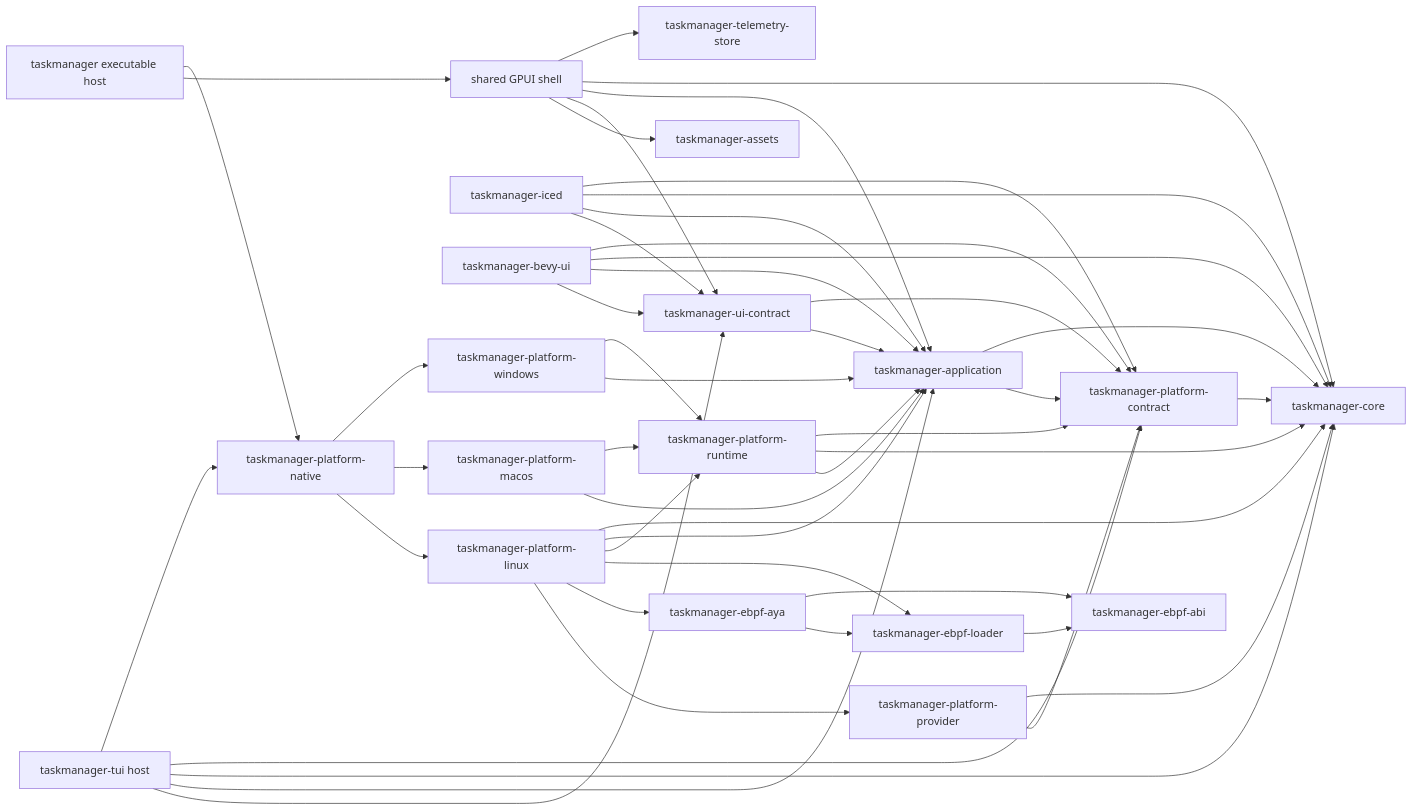
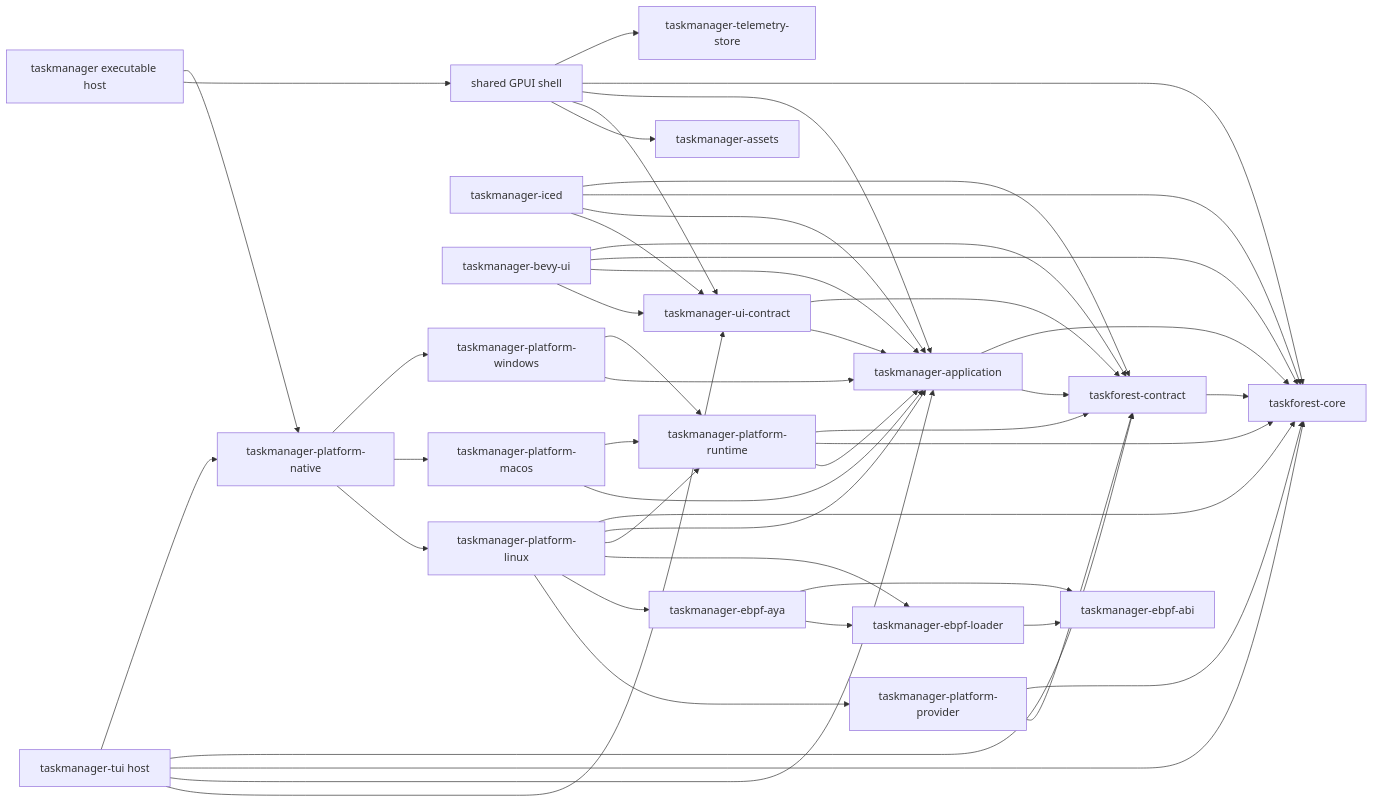
The diagram in adr/005-multi-crate-functional-architecture.md (YellowWhiteBlackCat/TaskForest), drawn with Mermaid before and after one commit. The commit also changed other lines of this file and 1904 other files, not shown here.

````diff
--- a/adr/005-multi-crate-functional-architecture.md
+++ b/adr/005-multi-crate-functional-architecture.md
@@ -12,49 +12,49 @@
 ```mermaid
 graph LR
     HOST[taskmanager executable host] --> GPUI[shared GPUI shell]
     HOST --> NATIVE[taskmanager-platform-native]
     GPUI --> ASSETS[taskmanager-assets]
     GPUI --> UI_CONTRACT[taskmanager-ui-contract]
     GPUI --> APP[taskmanager-application]
-    GPUI --> CORE[taskmanager-core]
+    GPUI --> CORE[taskforest-core]
     GPUI --> STORE[taskmanager-telemetry-store]
     TUI[taskmanager-tui host] --> UI_CONTRACT
     TUI --> APP
     TUI --> CORE
     TUI --> PLATFORM_CONTRACT
     TUI --> NATIVE
     ICED[taskmanager-iced] --> UI_CONTRACT
     ICED --> APP
     ICED --> CORE
     ICED --> PLATFORM_CONTRACT
     BEVY[taskmanager-bevy-ui] --> UI_CONTRACT
     BEVY --> APP
     BEVY --> CORE
     BEVY --> PLATFORM_CONTRACT
     UI_CONTRACT --> APP
     UI_CONTRACT --> PLATFORM_CONTRACT
-    APP --> PLATFORM_CONTRACT[taskmanager-platform-contract]
+    APP --> PLATFORM_CONTRACT[taskforest-contract]
     APP --> CORE
     PLATFORM_CONTRACT --> CORE
     RUNTIME[taskmanager-platform-runtime] --> APP
     RUNTIME --> CORE
     RUNTIME --> PLATFORM_CONTRACT
     PROVIDER[taskmanager-platform-provider] --> PLATFORM_CONTRACT
     PROVIDER --> CORE
     LINUX[taskmanager-platform-linux] --> PROVIDER
     LINUX --> AYA[taskmanager-ebpf-aya]
     LINUX --> EBPF_LOADER[taskmanager-ebpf-loader]
     AYA --> EBPF_LOADER
     AYA --> EBPF_ABI[taskmanager-ebpf-abi]
     EBPF_LOADER --> EBPF_ABI
     LINUX --> RUNTIME
     LINUX --> APP
     LINUX --> CORE
     NATIVE --> LINUX
     NATIVE --> MACOS[taskmanager-platform-macos]
     NATIVE --> WINDOWS[taskmanager-platform-windows]
     MACOS --> APP
     MACOS --> RUNTIME
     WINDOWS --> APP
     WINDOWS --> RUNTIME
 ```
````
